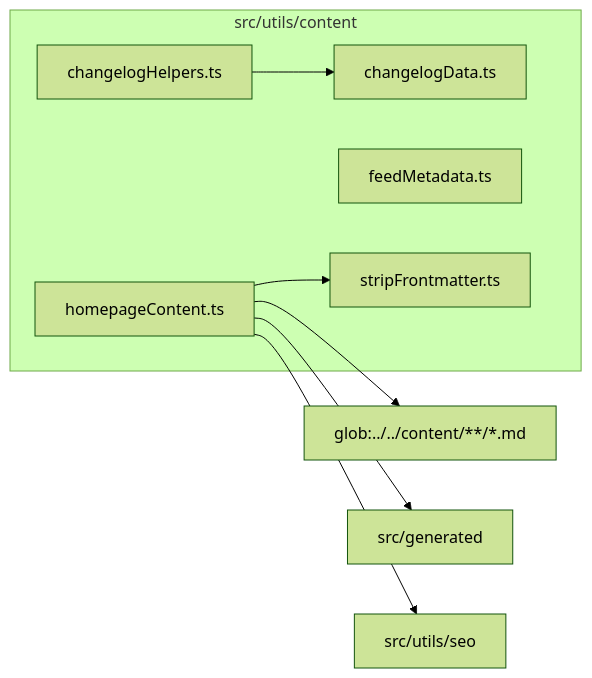
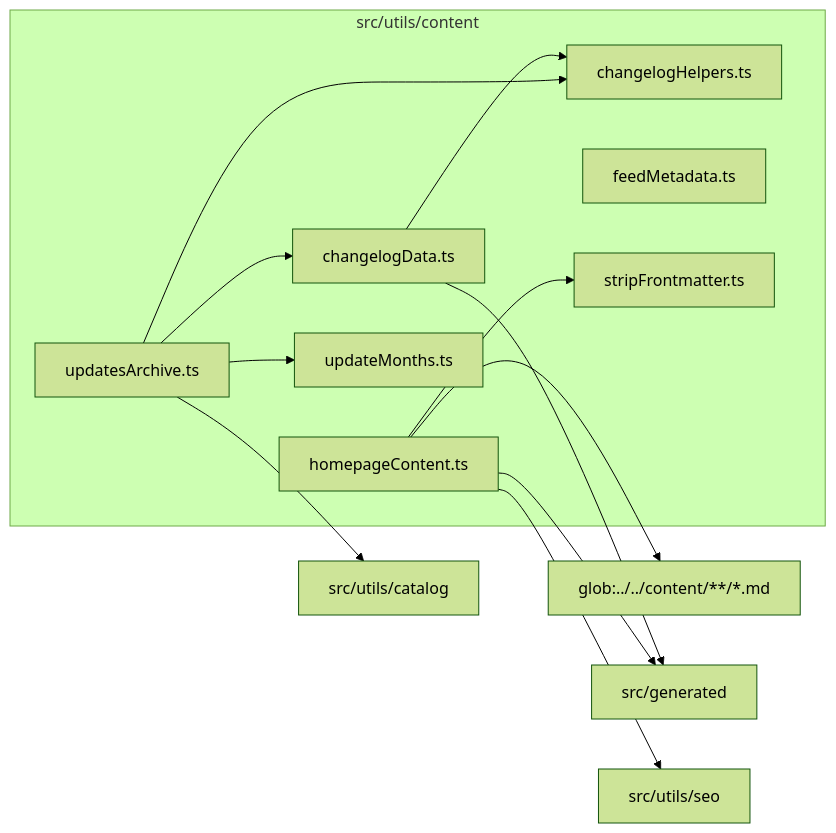
The diagram in src/utils/content/readme.md (ronbuening/LensVisualizer), drawn with Mermaid (forest theme) before and after one commit. The commit also changed other lines of this file and 584 other files, not shown here.

````diff
--- a/src/utils/content/readme.md
+++ b/src/utils/content/readme.md
@@ -9,18 +9,26 @@
 ```mermaid
 flowchart LR
   subgraph n_src_utils_content["src/utils/content"]
     n_src_utils_content_src_utils_content_changelogData_ts["changelogData.ts"]
     n_src_utils_content_src_utils_content_changelogHelpers_ts["changelogHelpers.ts"]
     n_src_utils_content_src_utils_content_feedMetadata_ts["feedMetadata.ts"]
     n_src_utils_content_src_utils_content_homepageContent_ts["homepageContent.ts"]
     n_src_utils_content_src_utils_content_stripFrontmatter_ts["stripFrontmatter.ts"]
+    n_src_utils_content_src_utils_content_updateMonths_ts["updateMonths.ts"]
+    n_src_utils_content_src_utils_content_updatesArchive_ts["updatesArchive.ts"]
   end
   n_external_glob_______content______md["glob:../../content/**/*.md"]
   n_external_src_generated["src/generated"]
+  n_external_src_utils_catalog["src/utils/catalog"]
   n_external_src_utils_seo["src/utils/seo"]
   n_src_utils_content_src_utils_content_homepageContent_ts --> n_external_glob_______content______md
+  n_src_utils_content_src_utils_content_changelogData_ts --> n_external_src_generated
   n_src_utils_content_src_utils_content_homepageContent_ts --> n_external_src_generated
+  n_src_utils_content_src_utils_content_updatesArchive_ts --> n_external_src_utils_catalog
   n_src_utils_content_src_utils_content_homepageContent_ts --> n_external_src_utils_seo
-  n_src_utils_content_src_utils_content_changelogHelpers_ts --> n_src_utils_content_src_utils_content_changelogData_ts
+  n_src_utils_content_src_utils_content_updatesArchive_ts --> n_src_utils_content_src_utils_content_changelogData_ts
+  n_src_utils_content_src_utils_content_changelogData_ts --> n_src_utils_content_src_utils_content_changelogHelpers_ts
+  n_src_utils_content_src_utils_content_updatesArchive_ts --> n_src_utils_content_src_utils_content_changelogHelpers_ts
   n_src_utils_content_src_utils_content_homepageContent_ts --> n_src_utils_content_src_utils_content_stripFrontmatter_ts
+  n_src_utils_content_src_utils_content_updatesArchive_ts --> n_src_utils_content_src_utils_content_updateMonths_ts
 ```
````
